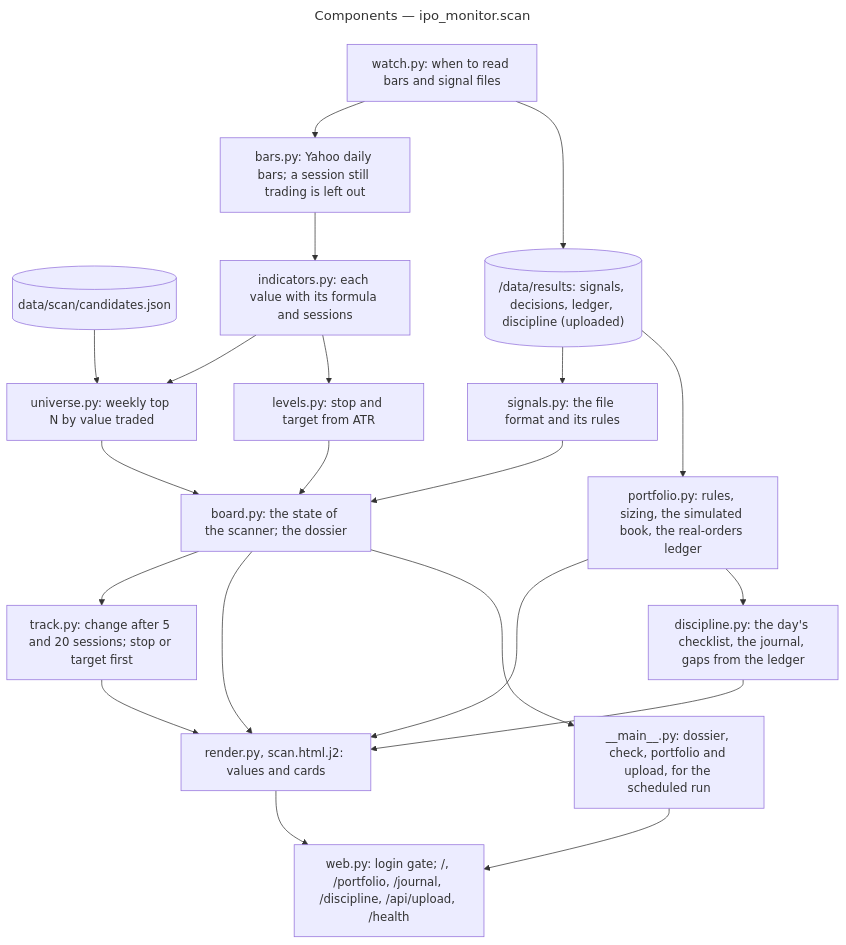
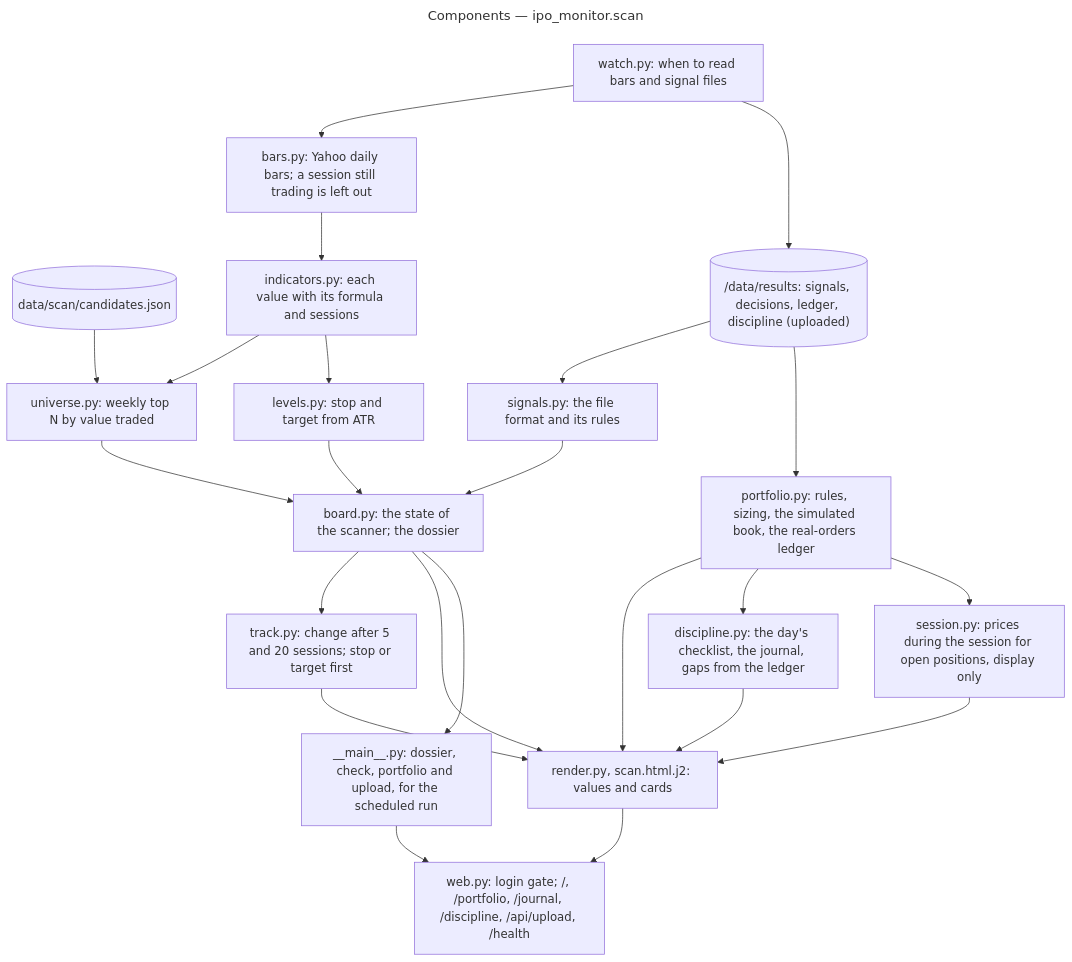
One commit to sonixz/monitor-anthropic-ipo changed the second of 5 diagrams in ARCHITECTURE.md. Above: the diagram before and after it, drawn with Mermaid. The commit also changed other lines of this file and 21 other files, not shown here.

First line of the commit message:
feat(portfolio): a price during the session for open positions (v0.18.0, Loop 015)

````diff
--- a/ARCHITECTURE.md
+++ b/ARCHITECTURE.md
@@ -47,32 +47,34 @@
 ```mermaid
 ---
 title: Components — ipo_monitor.scan
 ---
 flowchart TB
   cands[("data/scan/candidates.json")]
   bars["bars.py: Yahoo daily bars; a session still trading is left out"]
   ind["indicators.py: each value with its formula and sessions"]
   uni["universe.py: weekly top N by value traded"]
   files[("/data/results: signals, decisions, ledger, discipline (uploaded)")]
   watch["watch.py: when to read bars and signal files"]
   sig["signals.py: the file format and its rules"]
   lv["levels.py: stop and target from ATR"]
   track["track.py: change after 5 and 20 sessions; stop or target first"]
   board["board.py: the state of the scanner; the dossier"]
   render["render.py, scan.html.j2: values and cards"]
   pf["portfolio.py: rules, sizing, the simulated book, the real-orders ledger"]
+  sess["session.py: prices during the session for open positions, display only"]
   disc["discipline.py: the day's checklist, the journal, gaps from the ledger"]
   web["web.py: login gate; /, /portfolio, /journal, /discipline, /api/upload, /health"]
   cli["__main__.py: dossier, check, portfolio and upload, for the scheduled run"]
   watch --> bars --> ind
   cands --> uni
   ind --> uni --> board
   watch --> files --> sig --> board
   ind --> lv --> board
   board --> track --> render
   board --> render --> web
   board --> cli
   files --> pf --> render
   pf --> disc --> render
+  pf --> sess --> render
   cli --> web
 ```
````
